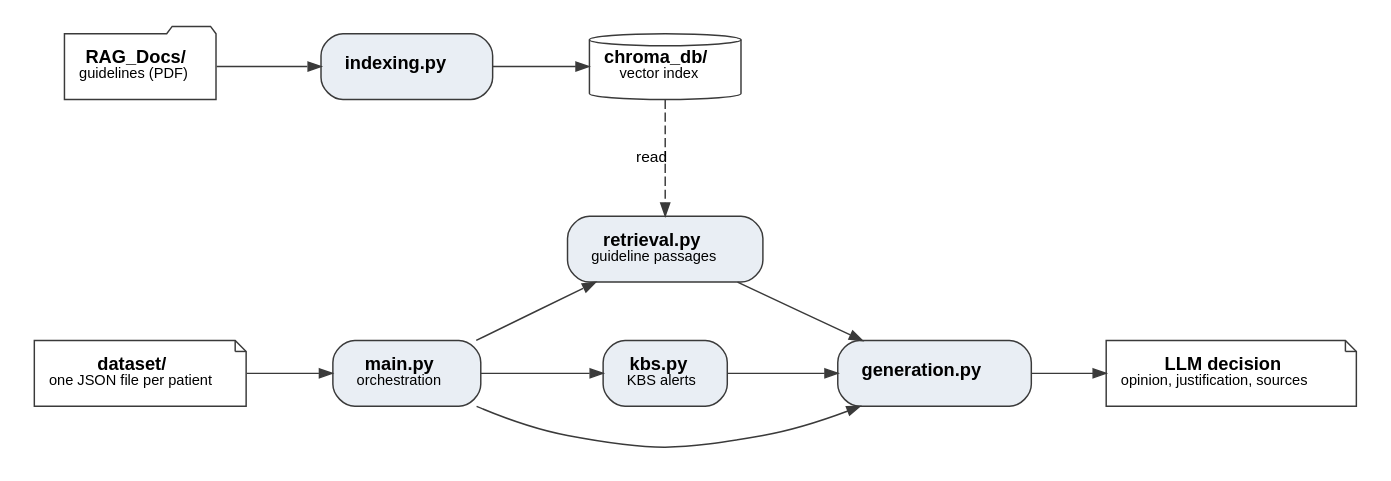
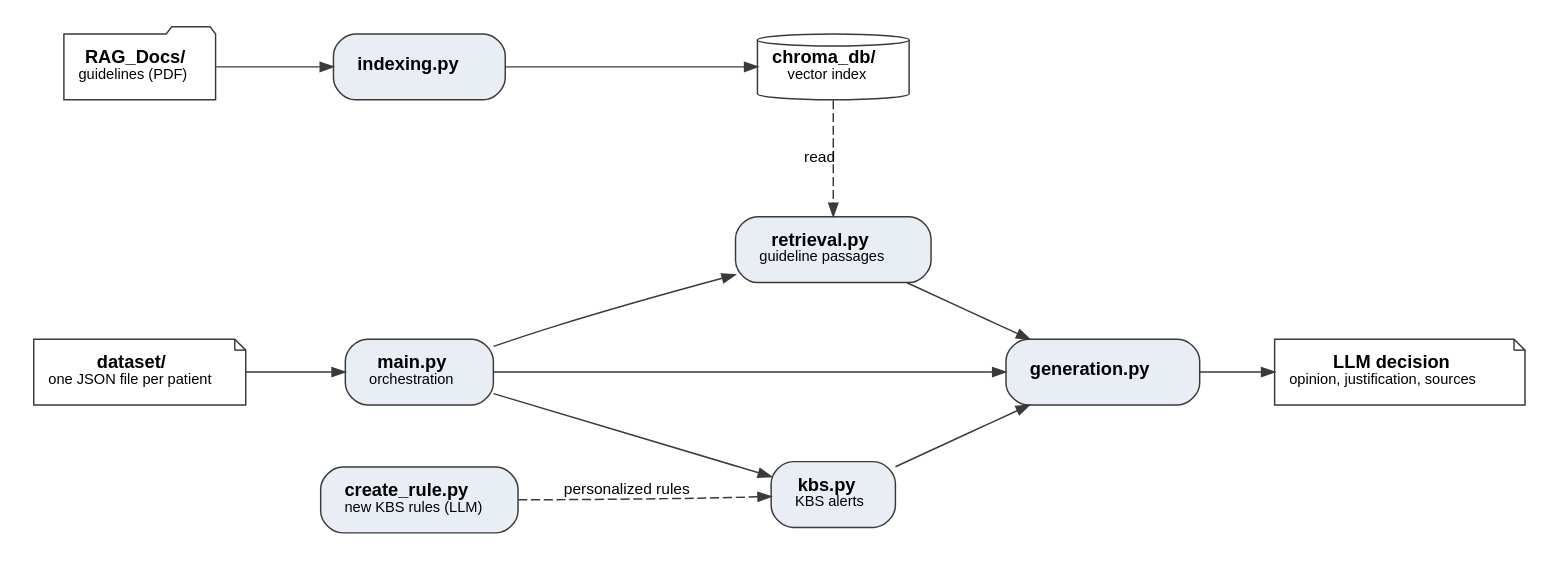
Before and after one commit to naikenisen/projet_pui: the diagram in paper/figures_en/figure_1.dot, drawn with Graphviz. The commit also changed 10 other files, not shown here.

```diff
--- a/paper/figures_en/figure_1.dot
+++ b/paper/figures_en/figure_1.dot
@@ -1,34 +1,36 @@
 // Figure 1 : architecture du pipeline ; export : dot -Tpdf figure_1.dot -o figure_1.pdf
 digraph architecture {
     graph [rankdir=LR, fontname="Helvetica", nodesep=0.45, ranksep=0.55, pad=0.15, newrank=true];
     node  [fontname="Helvetica", fontsize=10, color="#3A3A3A", penwidth=0.8];
     edge  [fontname="Helvetica", fontsize=8.5, color="#3A3A3A", arrowsize=0.7, penwidth=0.8];
 
     node [shape=folder, style=filled, fillcolor="#FFFFFF"];
     base     [label=<<B>RAG_Docs/</B><BR/><FONT POINT-SIZE="8.5">guidelines (PDF)</FONT>>];
     patients [shape=note, label=<<B>dataset/</B><BR/><FONT POINT-SIZE="8.5">one JSON file per patient</FONT>>];
     chroma   [shape=cylinder, label=<<B>chroma_db/</B><BR/><FONT POINT-SIZE="8.5">vector index</FONT>>];
     decision [shape=note, label=<<B>LLM decision</B><BR/><FONT POINT-SIZE="8.5">opinion, justification, sources</FONT>>];
 
     node [shape=box, style="rounded,filled", fillcolor="#E9EEF4", margin="0.18,0.08"];
     indexing [label=<<B>indexing.py</B>>];
     main       [label=<<B>main.py</B><BR/><FONT POINT-SIZE="8.5">orchestration</FONT>>];
     retrieval      [label=<<B>retrieval.py</B><BR/><FONT POINT-SIZE="8.5">guideline passages</FONT>>];
     kbs        [label=<<B>kbs.py</B><BR/><FONT POINT-SIZE="8.5">KBS alerts</FONT>>];
     generation [label=<<B>generation.py</B>>];
+    create_rule [label=<<B>create_rule.py</B><BR/><FONT POINT-SIZE="8.5">new KBS rules (LLM)</FONT>>];
 
     { rank=same; base; patients; }
-    { rank=same; indexing; main; }
+    { rank=same; indexing; main; create_rule; }
     { rank=same; chroma; retrieval; kbs; }
 
     base -> indexing -> chroma;
     chroma -> retrieval [style=dashed, label="read"];
 
     patients -> main;
     main -> generation;
     main -> retrieval;
     main -> kbs;
     retrieval -> generation;
     kbs -> generation;
+    create_rule -> kbs [style=dashed, label="personalized rules"];
     generation -> decision;
 }
```
